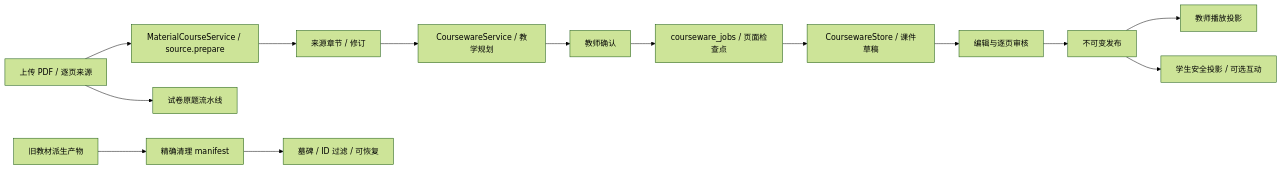
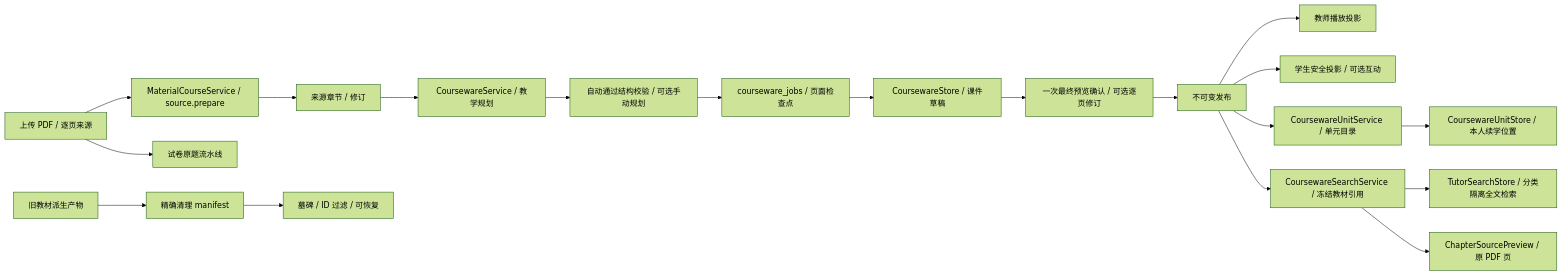
Before and after one commit to ningkaikok/dotty-tutor: the first of 3 diagrams in docs/codebase-guide.md, drawn with Mermaid (forest theme). The commit also changed other lines of this file and 190 other files, not shown here.

````diff
--- a/docs/codebase-guide.md
+++ b/docs/codebase-guide.md
@@ -220,16 +236,21 @@
 ```mermaid
 flowchart LR
   Source[上传 PDF / 逐页来源] --> Prepare[MaterialCourseService / source.prepare]
   Prepare --> Chapter[来源章节 / 修订]
   Chapter --> Plan[CoursewareService / 教学规划]
-  Plan --> Confirm[教师确认]
+  Plan --> Confirm[自动通过结构校验 / 可选手动规划]
   Confirm --> Worker[courseware_jobs / 页面检查点]
   Worker --> Draft[CoursewareStore / 课件草稿]
-  Draft --> Review[编辑与逐页审核]
+  Draft --> Review[一次最终预览确认 / 可选逐页修订]
   Review --> Publication[不可变发布]
   Publication --> Teacher[教师播放投影]
   Publication --> Student[学生安全投影 / 可选互动]
+  Publication --> Unit[CoursewareUnitService / 单元目录]
+  Unit --> Position[CoursewareUnitStore / 本人续学位置]
+  Publication --> Evidence[CoursewareSearchService / 冻结教材引用]
+  Evidence --> FTS[TutorSearchStore / 分类隔离全文检索]
+  Evidence --> Preview[ChapterSourcePreview / 原 PDF 页]
   Source --> Paper[试卷原题流水线]
   Old[旧教材派生产物] --> Manifest[精确清理 manifest]
   Manifest --> Tombstone[墓碑 / ID 过滤 / 可恢复]
 ```
````
